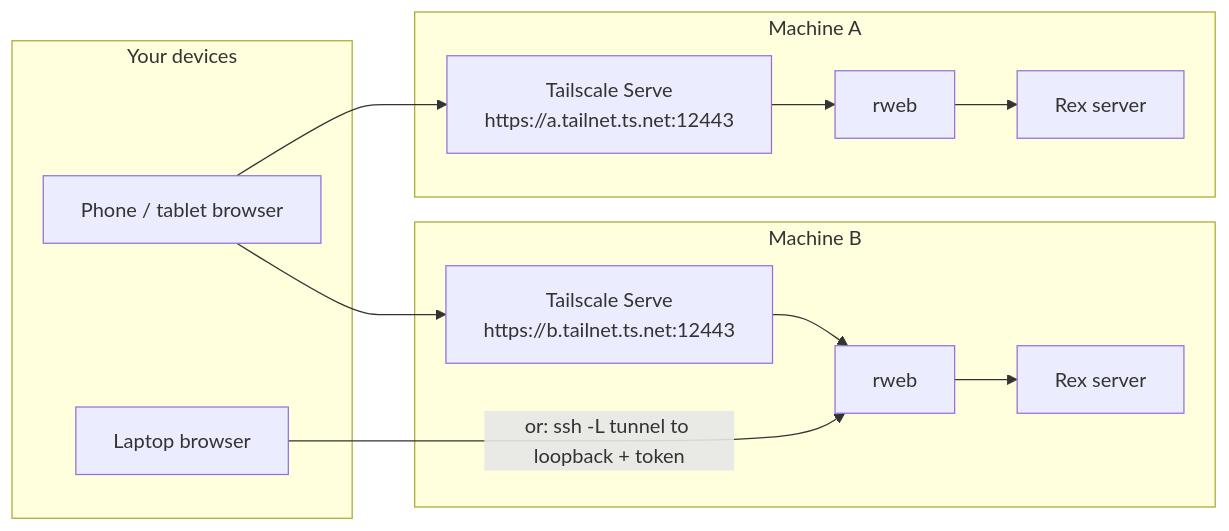
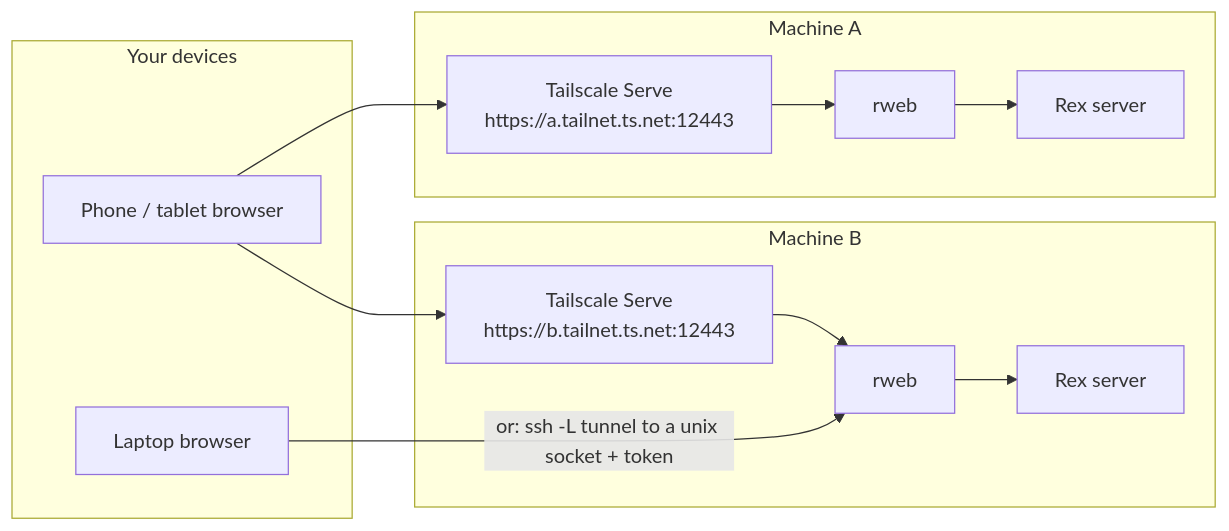
Before and after one commit to lexlapax/rweb: the first of 5 diagrams in docs/architecture.md, drawn with Mermaid. The commit also changed other lines of this file and 31 other files, not shown here.

First line of the commit message:
security: round five: layout commands with safe defaults, tunnel on a unix socket, trust only what can be known

````diff
--- a/docs/architecture.md
+++ b/docs/architecture.md
@@ -13,16 +16,16 @@
 ```mermaid
 flowchart LR
   subgraph Devices["Your devices"]
     P["Phone / tablet browser"]
     L["Laptop browser"]
   end
   subgraph M1["Machine A"]
     S1["Tailscale Serve<br/>https://a.tailnet.ts.net:12443"] --> W1["rweb"] --> R1["Rex server"]
   end
   subgraph M2["Machine B"]
     S2["Tailscale Serve<br/>https://b.tailnet.ts.net:12443"] --> W2["rweb"] --> R2["Rex server"]
   end
   P --> S1
   P --> S2
-  L -- "or: ssh -L tunnel to loopback + token" --> W2
+  L -- "or: ssh -L tunnel to a unix socket + token" --> W2
 ```
````
